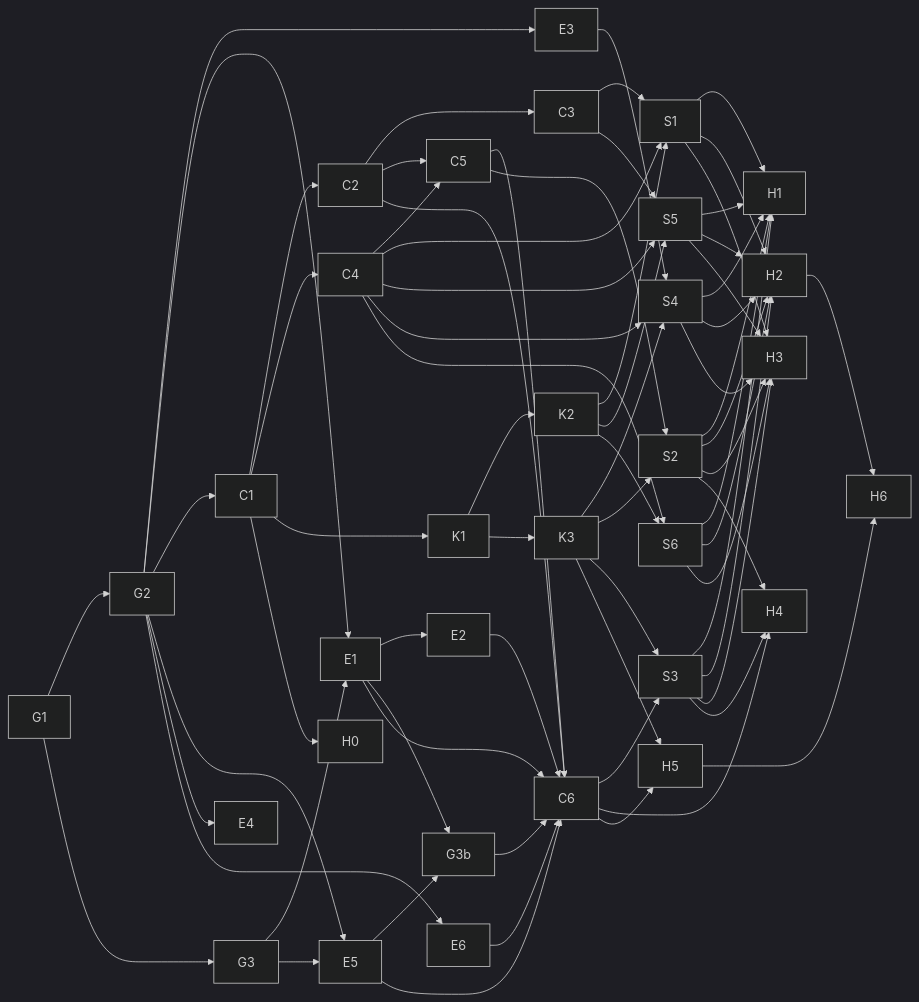
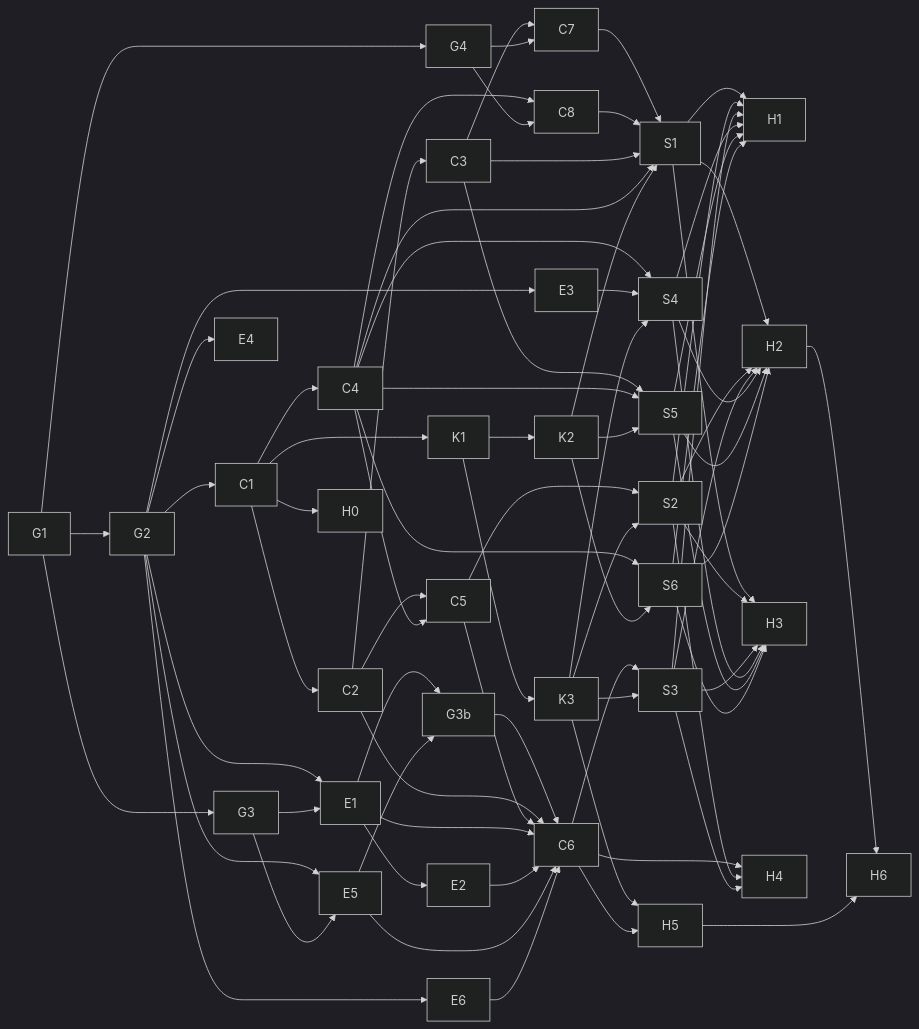
One commit to thisizmsk-png/vajra changed the diagram in docs/desktop/spec/tasks.md. Above: the diagram before and after it, drawn with Mermaid (dark theme). The commit also changed other lines of this file and 3 other files, not shown here.

````diff
--- a/docs/desktop/spec/tasks.md
+++ b/docs/desktop/spec/tasks.md
@@ -116,23 +119,27 @@
 ```mermaid
 graph LR
   G1 --> G2 --> E3 & E1 & C1
   G1 --> G3 --> E1 --> E2
   G2 & G3 --> E5
   E1 & E5 --> G3b --> C6
   C1 --> C2 & C4 & K1
   C2 --> C3
   C2 & C4 --> C5
   C2 & C5 & E1 & E2 & E5 & E6 --> C6
+  G1 --> G4
+  C3 & G4 --> C7
+  C4 & G4 --> C8
+  C7 & C8 --> S1
   G2 --> E4 & E6
   C1 --> H0
   K1 --> K2 & K3
   C3 & C4 & K2 --> S1 & S5
   C4 & E3 & K3 --> S4
   C4 & K2 --> S6
   C5 & K3 --> S2
   C6 & K3 --> S3
   S1 & S2 & S3 & S4 & S5 & S6 --> H1 & H2 & H3
   C6 & S2 & S3 --> H4
   K3 & C6 --> H5
   H2 & H5 --> H6
 ```
````
